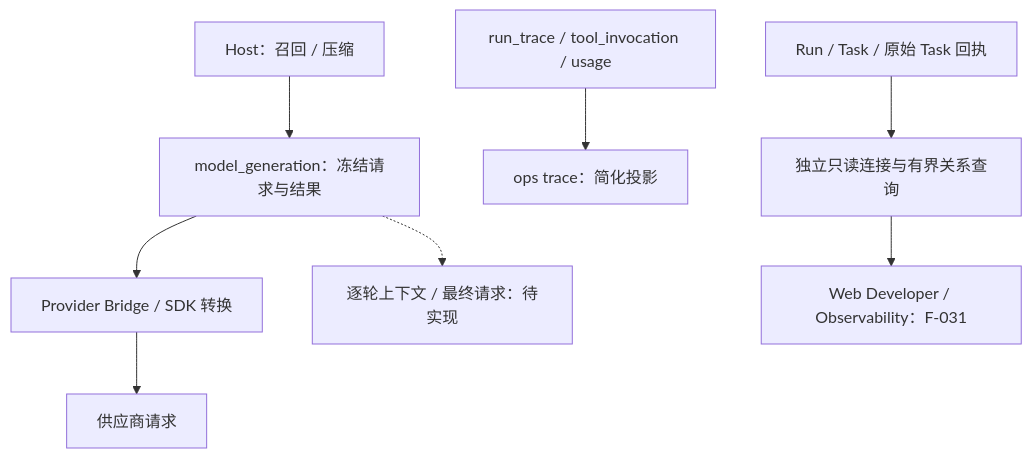
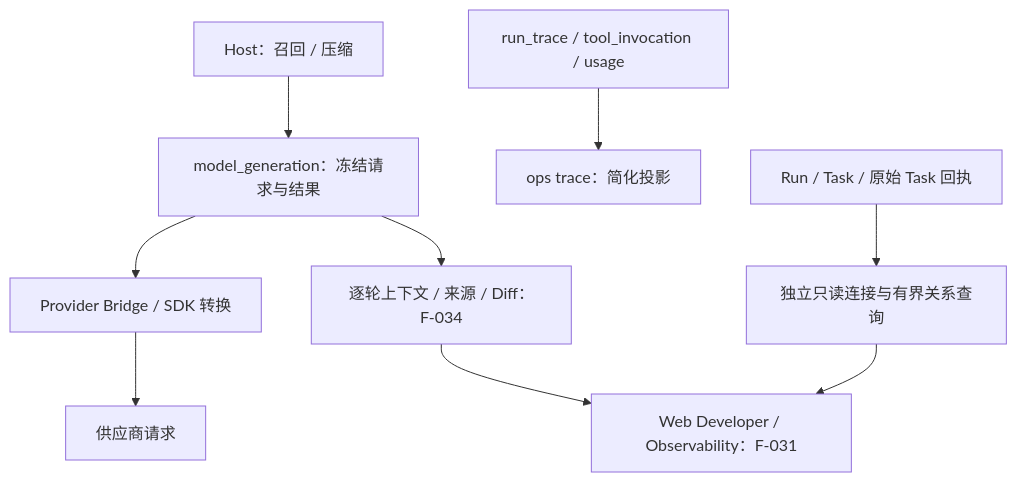
The first of 2 diagrams in docs/designs/observability.md (z-chenhao/assistant), drawn with Mermaid before and after one commit. The commit also changed other lines of this file and 22 other files, not shown here.

````diff
--- a/docs/designs/observability.md
+++ b/docs/designs/observability.md
@@ -11,10 +11,11 @@
 ```mermaid
 flowchart TD
     H["Host：召回 / 压缩"] --> G["model_generation：冻结请求与结果"]
     G --> B["Provider Bridge / SDK 转换"]
     B --> P["供应商请求"]
     T["run_trace / tool_invocation / usage"] --> O["ops trace：简化投影"]
     R["Run / Task / 原始 Task 回执"] --> Q["独立只读连接与有界关系查询"]
     Q --> X["Web Developer / Observability：F-031"]
-    G -.-> F["逐轮上下文 / 最终请求：待实现"]
+    G --> F["逐轮上下文 / 来源 / Diff：F-034"]
+    F --> X
 ```
````
